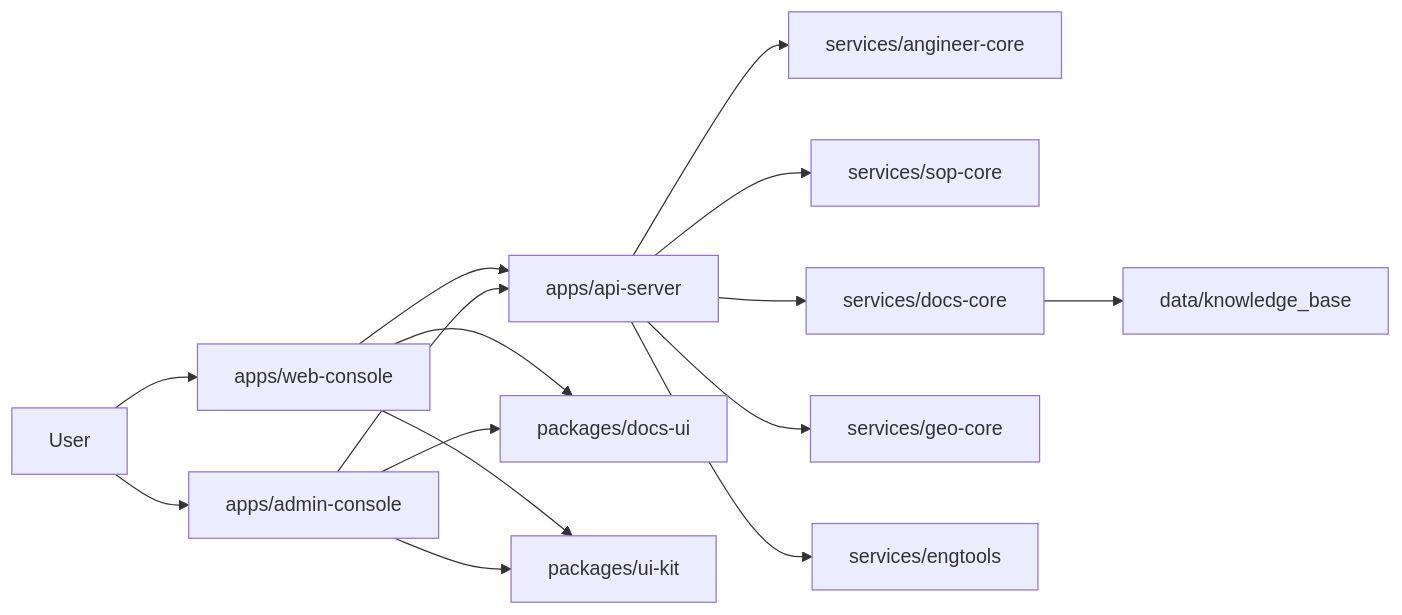
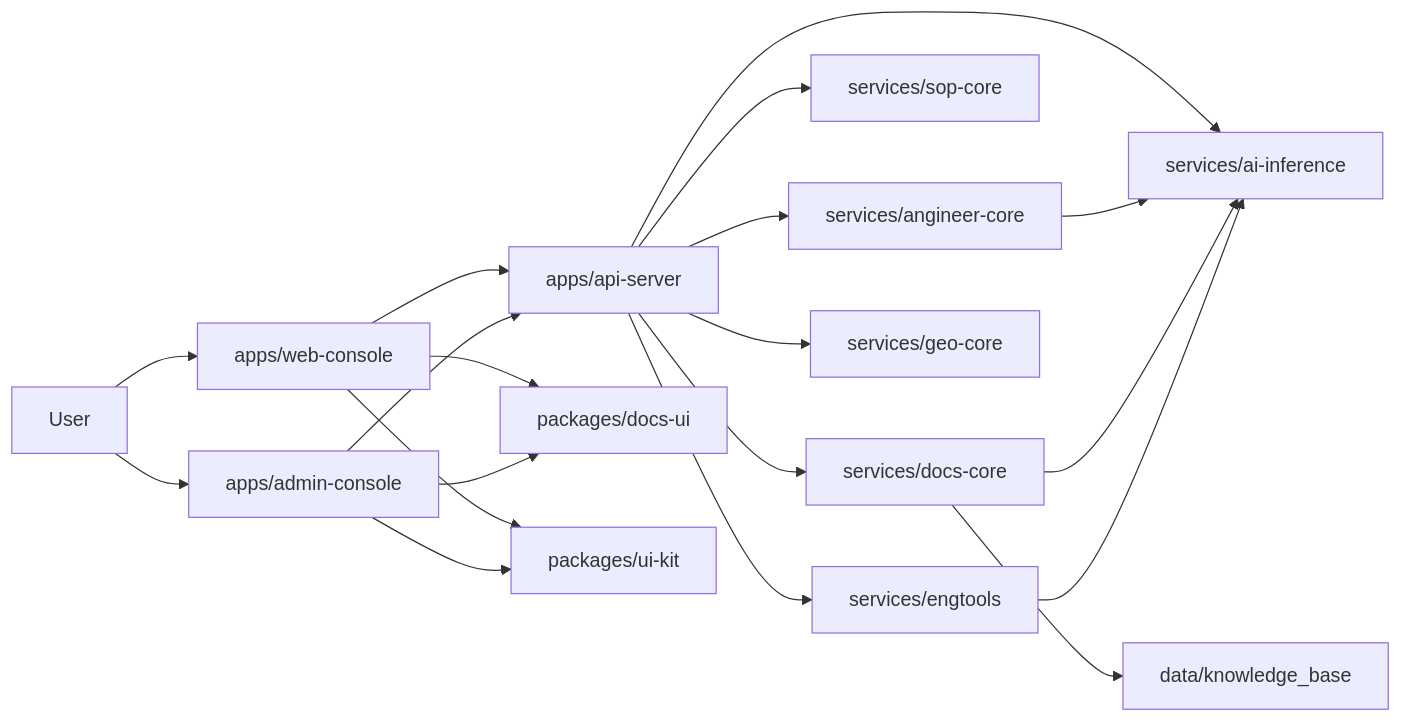
The first of 2 diagrams in README.md (0mao0/AnGIneer), drawn with Mermaid before and after one commit. The commit also changed other lines of this file and 124 other files, not shown here.

````diff
--- a/README.md
+++ b/README.md
@@ -29,30 +29,35 @@
 ```mermaid
 flowchart LR
   User["User"]
   Web["apps/web-console"]
   Admin["apps/admin-console"]
   Api["apps/api-server"]
   DocsUI["packages/docs-ui"]
   UIKit["packages/ui-kit"]
+  AI["services/ai-inference"]
   Agent["services/angineer-core"]
   SOP["services/sop-core"]
   Docs["services/docs-core"]
   Geo["services/geo-core"]
   Tools["services/engtools"]
   Data["data/knowledge_base"]
 
   User --> Web
   User --> Admin
   Web --> DocsUI
   Admin --> DocsUI
   Web --> UIKit
   Admin --> UIKit
   Web --> Api
   Admin --> Api
+  Api --> AI
   Api --> Agent
   Api --> SOP
   Api --> Docs
   Api --> Geo
   Api --> Tools
+  Agent --> AI
+  Docs --> AI
+  Tools --> AI
   Docs --> Data
 ```
````
